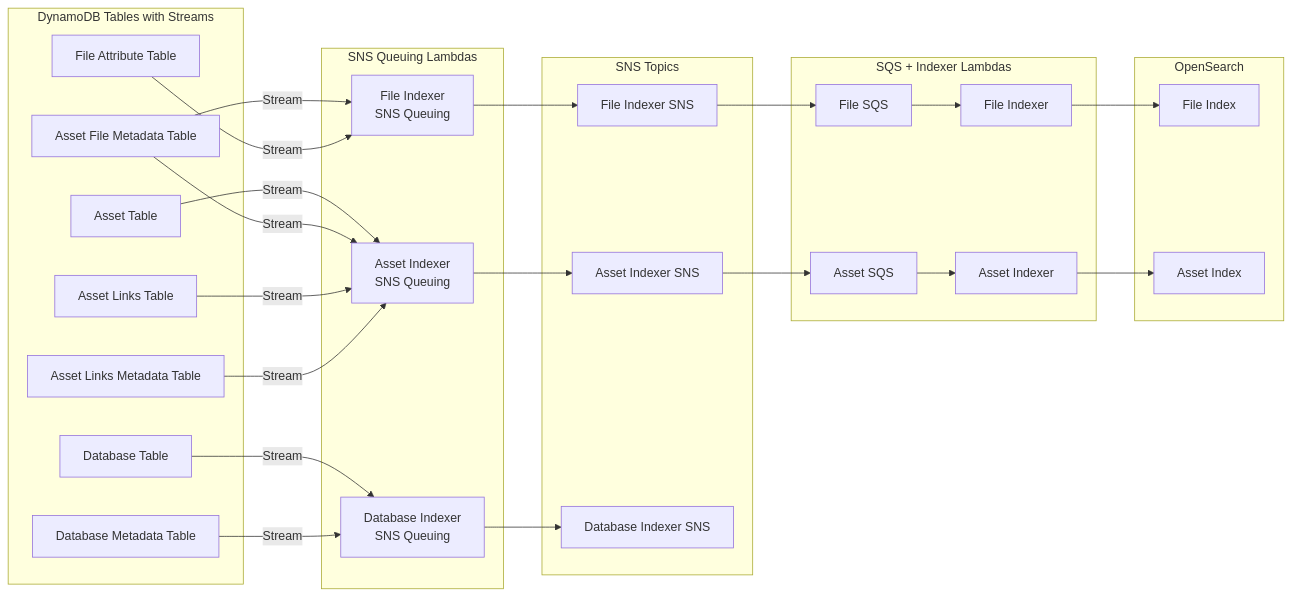
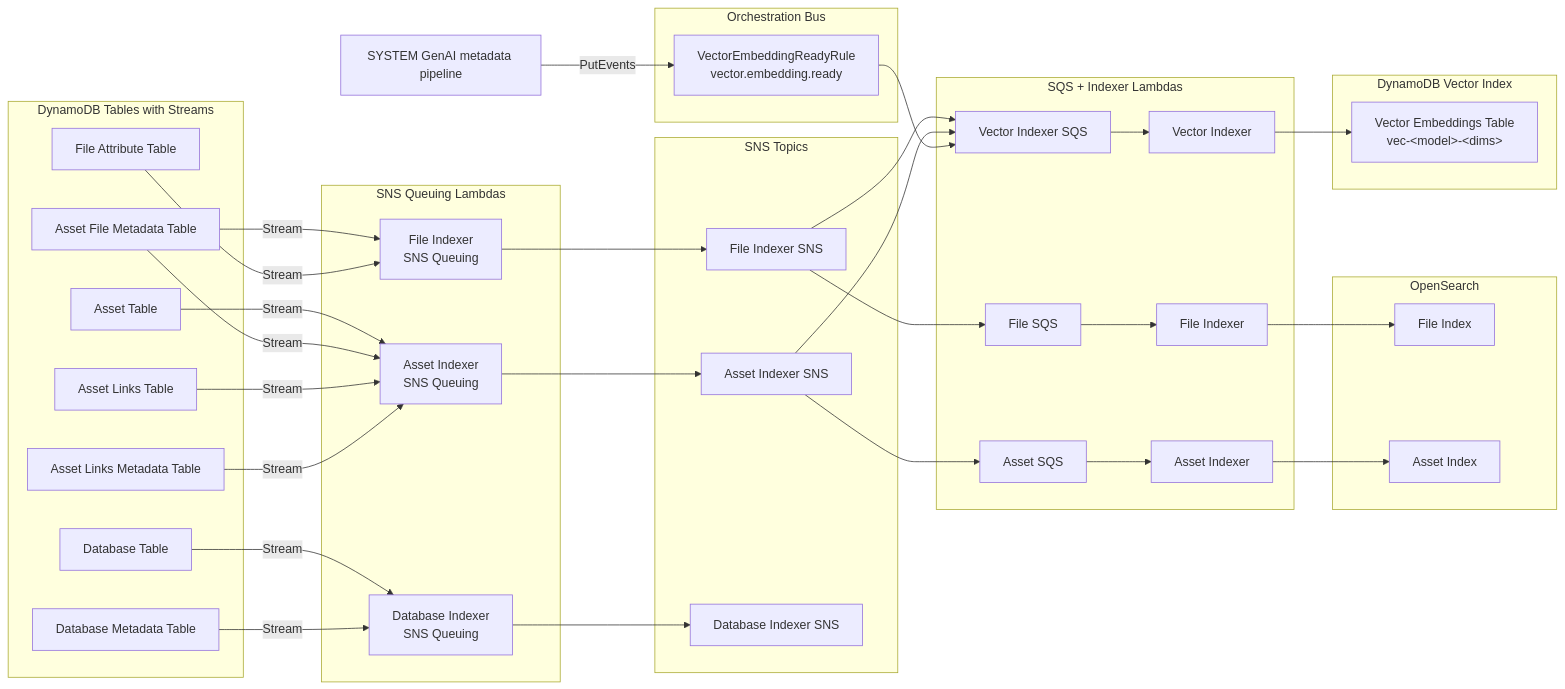
Before and after one commit to awslabs/visual-asset-management-system: the second of 6 diagrams in documentation/docusaurus-site/docs/architecture/details.md, drawn with Mermaid. The commit also changed other lines of this file and 60 other files, not shown here.

````diff
--- a/documentation/docusaurus-site/docs/architecture/details.md
+++ b/documentation/docusaurus-site/docs/architecture/details.md
@@ -69,52 +71,67 @@
 ```mermaid
 graph LR
     subgraph DynamoDB Tables with Streams
         AT["Asset Table"]
         MT["Asset File Metadata Table"]
         FT["File Attribute Table"]
         DT["Database Table"]
         DMT["Database Metadata Table"]
         LT["Asset Links Table"]
         LMT["Asset Links Metadata Table"]
     end
 
     subgraph SNS Queuing Lambdas
         FQL["File Indexer<br/>SNS Queuing"]
         AQL["Asset Indexer<br/>SNS Queuing"]
         DQL["Database Indexer<br/>SNS Queuing"]
     end
 
     subgraph SNS Topics
         FSNS["File Indexer SNS"]
         ASNS["Asset Indexer SNS"]
         DSNS["Database Indexer SNS"]
     end
 
     subgraph SQS + Indexer Lambdas
         FSQS["File SQS"] --> FI["File Indexer"]
         ASQS["Asset SQS"] --> AI["Asset Indexer"]
+        VSQS["Vector Indexer SQS"] --> VI["Vector Indexer"]
+    end
+
+    subgraph Orchestration Bus
+        EBR["VectorEmbeddingReadyRule<br/>vector.embedding.ready"]
     end
 
     subgraph OpenSearch
         FIdx["File Index"]
         AIdx["Asset Index"]
     end
 
+    subgraph DynamoDB Vector Index
+        VT["Vector Embeddings Table<br/>vec-&lt;model&gt;-&lt;dims&gt;"]
+    end
+
     MT -->|Stream| FQL
     FT -->|Stream| FQL
     FQL --> FSNS
     FSNS --> FSQS
+    FSNS --> VSQS
     FI --> FIdx
 
     AT -->|Stream| AQL
     MT -->|Stream| AQL
     LT -->|Stream| AQL
     LMT -->|Stream| AQL
     AQL --> ASNS
     ASNS --> ASQS
+    ASNS --> VSQS
     AI --> AIdx
 
     DT -->|Stream| DQL
     DMT -->|Stream| DQL
     DQL --> DSNS
+
+    GP["SYSTEM GenAI metadata pipeline"] -->|PutEvents| EBR
+    EBR --> VSQS
+    VI --> VT
 ```
````
